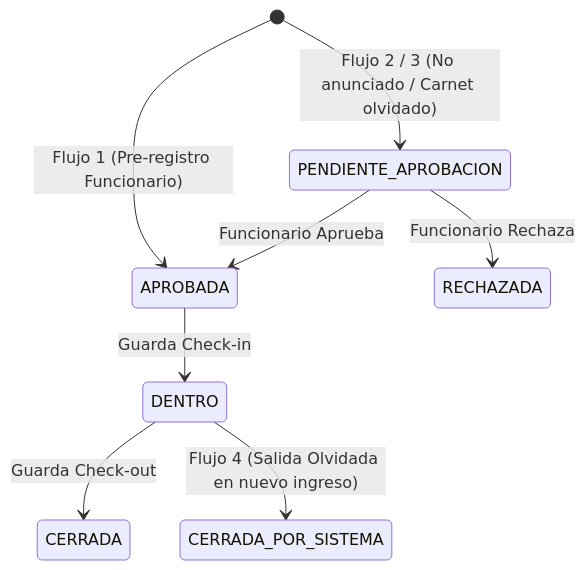
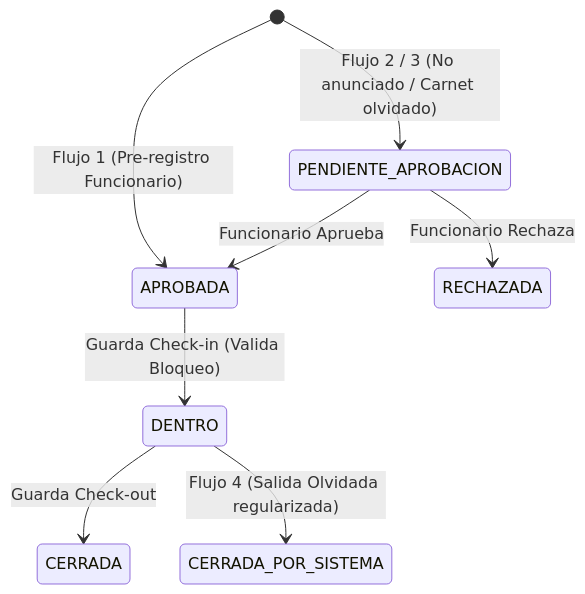
The first of 2 diagrams in README.md (Leonardo4516/Sica_project), drawn with Mermaid before and after one commit. The commit also changed other lines of this file and 2 other files, not shown here.

Commit message:
docs: actualizar README con modelo ER, justificacion SOLID, patrones y resolver DEFECTOS_Y_FALTANTES

````diff
--- a/README.md
+++ b/README.md
@@ -29,12 +46,12 @@
 ```mermaid
 stateDiagram-v2
     [*] --> APROBADA: Flujo 1 (Pre-registro Funcionario)
     [*] --> PENDIENTE_APROBACION: Flujo 2 / 3 (No anunciado / Carnet olvidado)
     
     PENDIENTE_APROBACION --> APROBADA: Funcionario Aprueba
     PENDIENTE_APROBACION --> RECHAZADA: Funcionario Rechaza
     
-    APROBADA --> DENTRO: Guarda Check-in
+    APROBADA --> DENTRO: Guarda Check-in (Valida Bloqueo)
     DENTRO --> CERRADA: Guarda Check-out
-    DENTRO --> CERRADA_POR_SISTEMA: Flujo 4 (Salida Olvidada en nuevo ingreso)
+    DENTRO --> CERRADA_POR_SISTEMA: Flujo 4 (Salida Olvidada regularizada)
 ```
````
